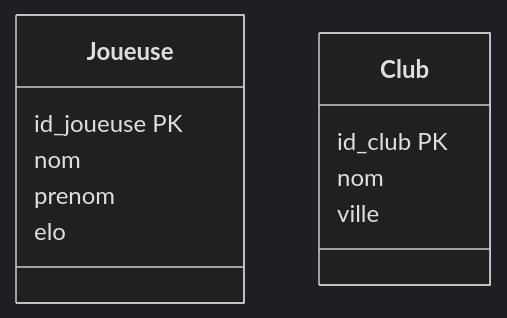
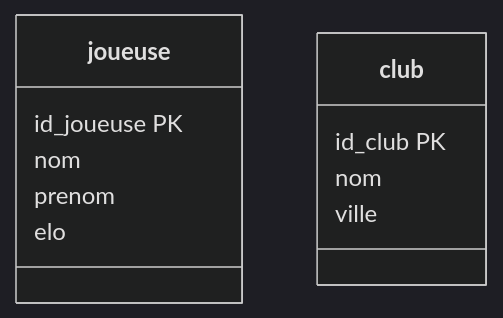
One commit to ludo2ne/ENSAI-1A-SQL changed the second of 4 diagrams in doc/cours/bases-de-donnees.qmd. Above: the diagram before and after it, drawn with Mermaid (dark theme). The commit also changed other lines of this file and 5 other files, not shown here.

````diff
--- a/doc/cours/bases-de-donnees.qmd
+++ b/doc/cours/bases-de-donnees.qmd
@@ -244,15 +268,15 @@
 ```{mermaid}
 classDiagram
-    class Joueuse {
+    class joueuse {
         id_joueuse PK
         nom
         prenom
         elo
     }
     
-    class Club {
+    class club {
         id_club PK
         nom
         ville
     }
 ```
````
